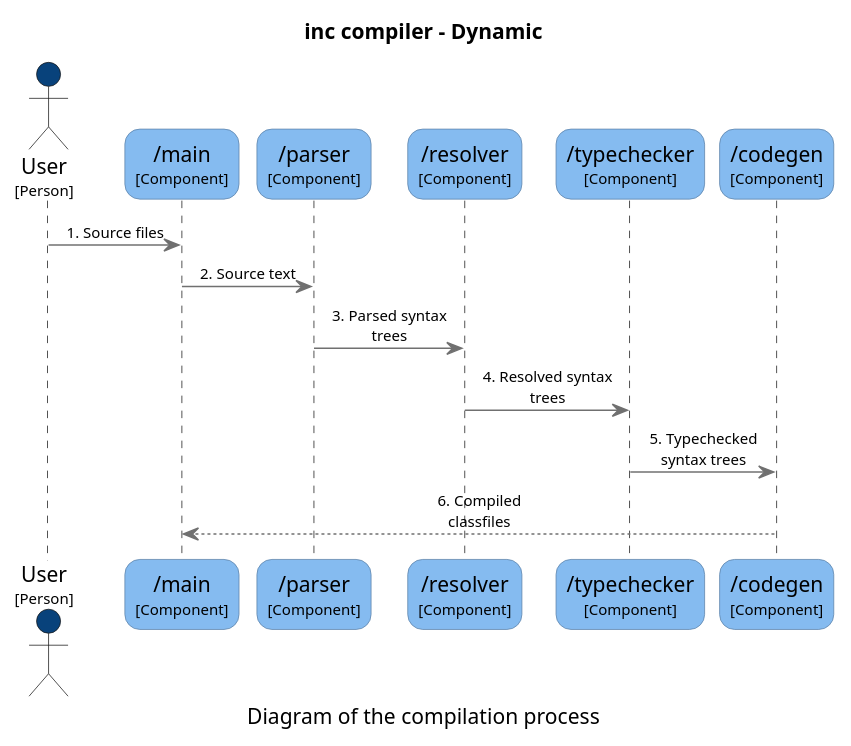
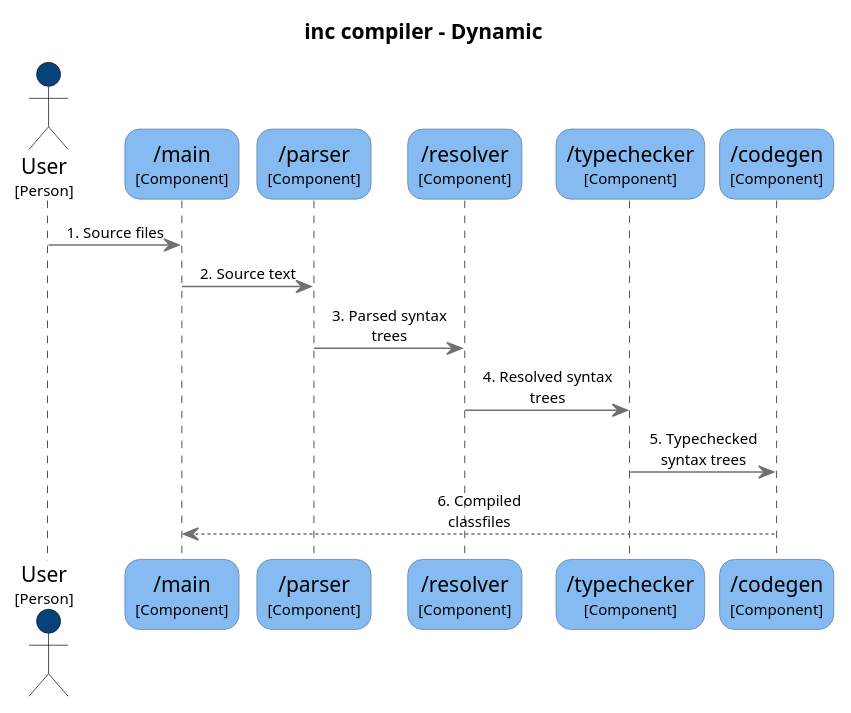
The diagram in architecture/structurizr-Compilation-sequence.puml (DavidGregory084/inc), drawn with PlantUML before and after one commit. The commit also changed 7 other files, not shown here.

Commit message:
Update diagrams and remove unused protobuf definitions

```diff
--- a/architecture/structurizr-Compilation-sequence.puml
+++ b/architecture/structurizr-Compilation-sequence.puml
@@ -1,60 +1,68 @@
-@startuml(id=Compilation)
+@startuml
 title inc compiler - Dynamic
-caption Diagram of the compilation process
 
 skinparam {
   shadowing false
   arrowFontSize 10
   defaultTextAlignment center
   wrapWidth 200
   maxMessageSize 100
+  PackageBorderColor<<group>> #cccccc
+  PackageFontColor<<group>> #cccccc
 }
 hide stereotype
-skinparam sequenceParticipant<<1>> {
-  BackgroundColor #08427b
-  FontColor #ffffff
-  BorderColor #052E56
+skinparam sequenceParticipant<<8>> {
+  BackgroundColor #85bbf0
+  FontColor #000000
+  BorderColor #5d82a8
+  roundCorner 20
+}
+skinparam sequenceParticipant<<9>> {
+  BackgroundColor #85bbf0
+  FontColor #000000
+  BorderColor #5d82a8
+  roundCorner 20
+}
+skinparam sequenceParticipant<<5>> {
+  BackgroundColor #85bbf0
+  FontColor #000000
+  BorderColor #5d82a8
+  roundCorner 20
 }
 skinparam sequenceParticipant<<6>> {
   BackgroundColor #85bbf0
   FontColor #000000
-  BorderColor #5D82A8
+  BorderColor #5d82a8
   roundCorner 20
 }
 skinparam sequenceParticipant<<7>> {
   BackgroundColor #85bbf0
   FontColor #000000
-  BorderColor #5D82A8
+  BorderColor #5d82a8
   roundCorner 20
 }
-skinparam sequenceParticipant<<8>> {
-  BackgroundColor #85bbf0
-  FontColor #000000
-  BorderColor #5D82A8
-  roundCorner 20
+skinparam sequenceParticipant<<1>> {
+  BackgroundColor #08427b
+  FontColor #ffffff
+  BorderColor #052e56
 }
-skinparam sequenceParticipant<<9>> {
-  BackgroundColor #85bbf0
-  FontColor #000000
-  BorderColor #5D82A8
-  roundCorner 20
-}
-skinparam sequenceParticipant<<10>> {
-  BackgroundColor #85bbf0
-  FontColor #000000
-  BorderColor #5D82A8
-  roundCorner 20
-}
+
 actor "User\n<size:10>[Person]</size>" as 1 <<1>> #08427b
-participant "/main\n<size:10>[Component]</size>" as 10 <<10>> #85bbf0
-participant "/parser\n<size:10>[Component]</size>" as 6 <<6>> #85bbf0
-participant "/resolver\n<size:10>[Component]</size>" as 7 <<7>> #85bbf0
-participant "/typechecker\n<size:10>[Component]</size>" as 8 <<8>> #85bbf0
-participant "/codegen\n<size:10>[Component]</size>" as 9 <<9>> #85bbf0
-1 -[#707070]> 10 : 1. Source files
-10 -[#707070]> 6 : 2. Source text
-6 -[#707070]> 7 : 3. Parsed syntax trees
-7 -[#707070]> 8 : 4. Resolved syntax trees
-8 -[#707070]> 9 : 5. Typechecked syntax trees
-10 <-[#707070]- 9 : 6. Compiled classfiles
+
+participant "/main\n<size:10>[Component]</size>" as 9 <<9>> #85bbf0
+
+participant "/parser\n<size:10>[Component]</size>" as 5 <<5>> #85bbf0
+
+participant "/resolver\n<size:10>[Component]</size>" as 6 <<6>> #85bbf0
+
+participant "/typechecker\n<size:10>[Component]</size>" as 7 <<7>> #85bbf0
+
+participant "/codegen\n<size:10>[Component]</size>" as 8 <<8>> #85bbf0
+
+1 -[#707070]> 9 : 1. Source files
+9 -[#707070]> 5 : 2. Source text
+5 -[#707070]> 6 : 3. Parsed syntax trees
+6 -[#707070]> 7 : 4. Resolved syntax trees
+7 -[#707070]> 8 : 5. Typechecked syntax trees
+9 <-[#707070]- 8 : 6. Compiled classfiles
 @enduml
```
